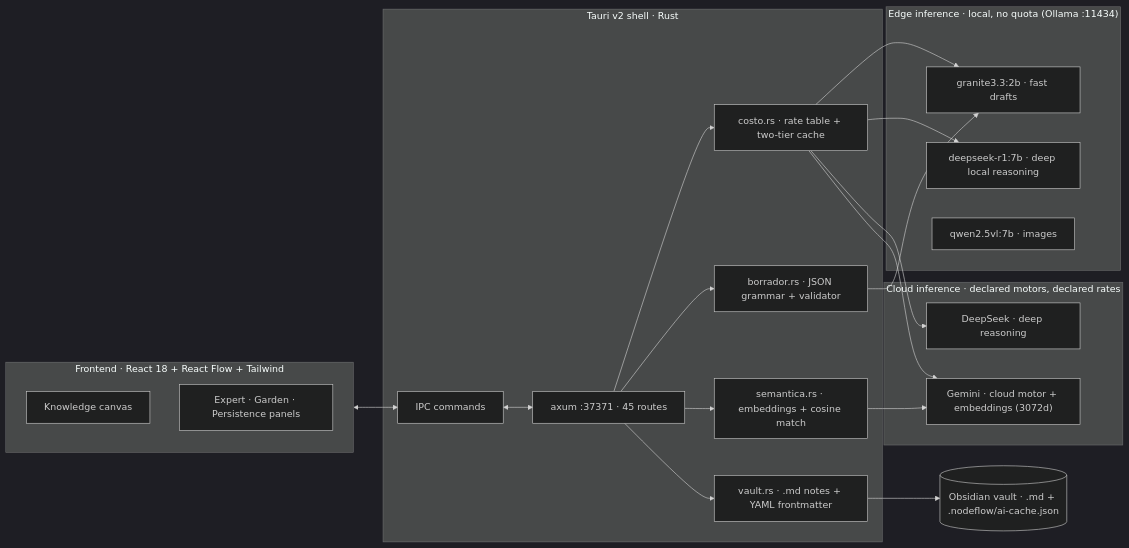
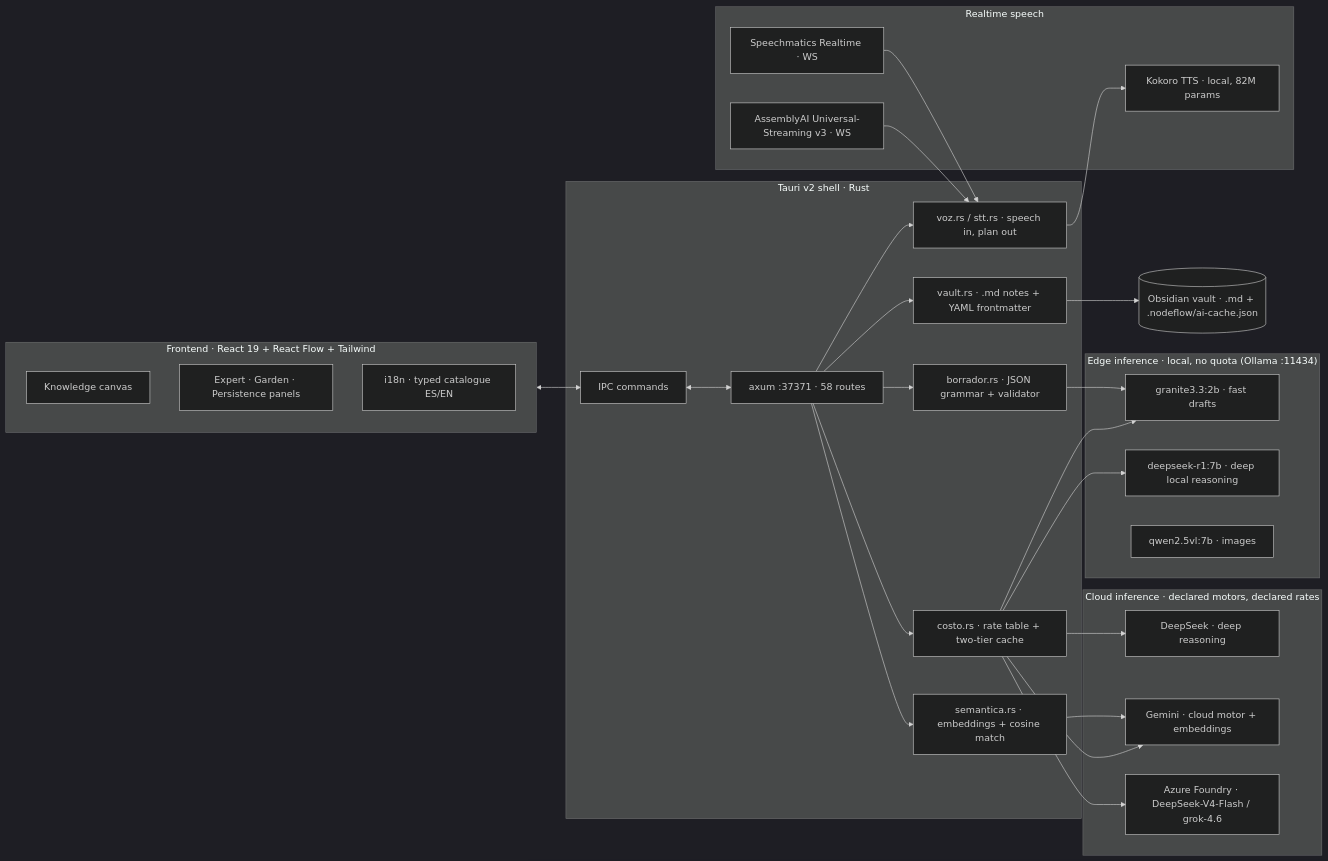
One commit to NeonEden/NodeFlow changed the diagram in README.md. Above: the diagram before and after it, drawn with Mermaid (dark theme). The commit also changed other lines of this file, not shown here.

````diff
--- a/README.md
+++ b/README.md
@@ -38,40 +41,54 @@
 ```mermaid
 flowchart LR
-  subgraph UI["Frontend · React 18 + React Flow + Tailwind"]
+  subgraph UI["Frontend · React 19 + React Flow + Tailwind"]
     C[Knowledge canvas]
     P[Expert · Garden · Persistence panels]
+    I["i18n · typed catalogue ES/EN"]
   end
 
   subgraph CORE["Tauri v2 shell · Rust"]
     IPC[IPC commands]
-    AX["axum :37371 · 45 routes"]
+    AX["axum :37371 · 58 routes"]
     COST["costo.rs · rate table + two-tier cache"]
     SEM["semantica.rs · embeddings + cosine match"]
     BOR["borrador.rs · JSON grammar + validator"]
     VAU["vault.rs · .md notes + YAML frontmatter"]
+    VOZ["voz.rs / stt.rs · speech in, plan out"]
   end
 
   subgraph EDGE["Edge inference · local, no quota (Ollama :11434)"]
     GR["granite3.3:2b · fast drafts"]
     R1["deepseek-r1:7b · deep local reasoning"]
     VL["qwen2.5vl:7b · images"]
   end
 
   subgraph CLOUD["Cloud inference · declared motors, declared rates"]
     DS["DeepSeek · deep reasoning"]
-    GE["Gemini · cloud motor + embeddings (3072d)"]
+    GE["Gemini · cloud motor + embeddings"]
+    AF["Azure Foundry · DeepSeek-V4-Flash / grok-4.6"]
+  end
+
+  subgraph SPEECH["Realtime speech"]
+    AAI["AssemblyAI Universal-Streaming v3 · WS"]
+    SM["Speechmatics Realtime · WS"]
+    TTS["Kokoro TTS · local, 82M params"]
   end
 
   VAULT[("Obsidian vault · .md + .nodeflow/ai-cache.json")]
 
   UI <--> IPC
   IPC <--> AX
   AX --> COST
   COST --> GR
   COST --> R1
   COST --> DS
   COST --> GE
+  COST --> AF
   AX --> BOR --> GR
   AX --> SEM --> GE
   AX --> VAU --> VAULT
+  AX --> VOZ
+  AAI --> VOZ
+  SM --> VOZ
+  VOZ --> TTS
 ```
````
